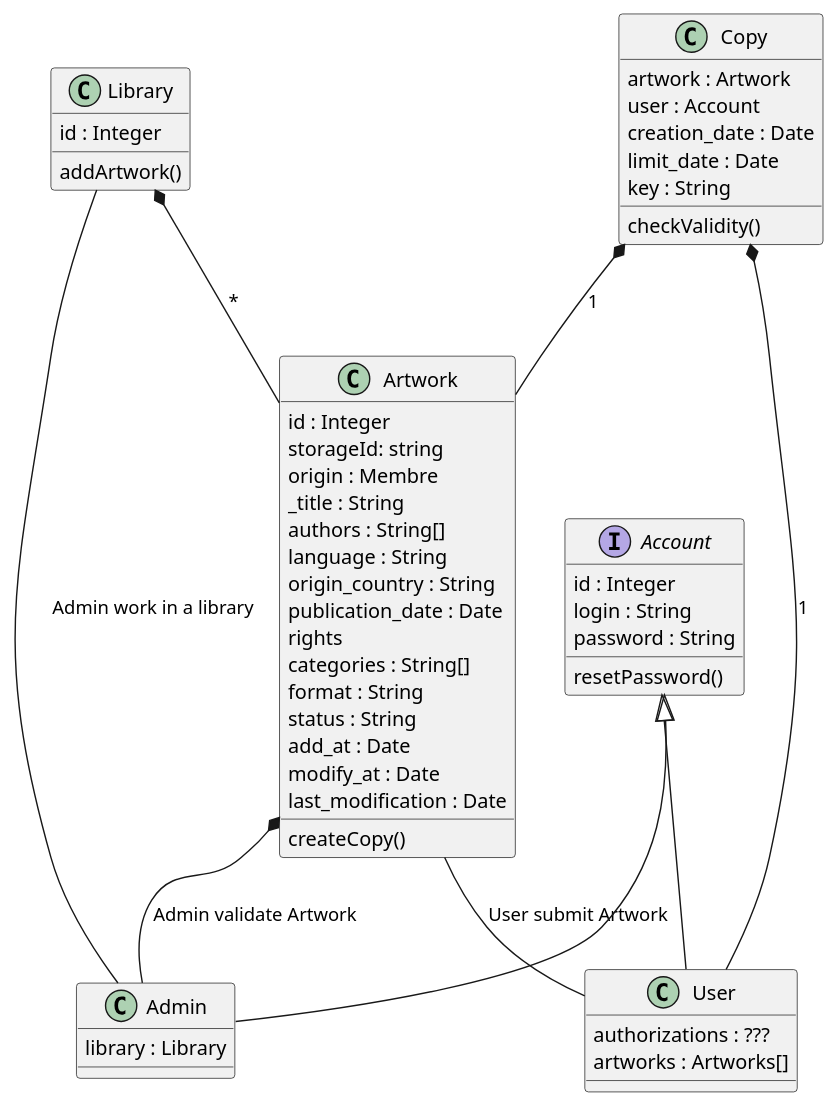
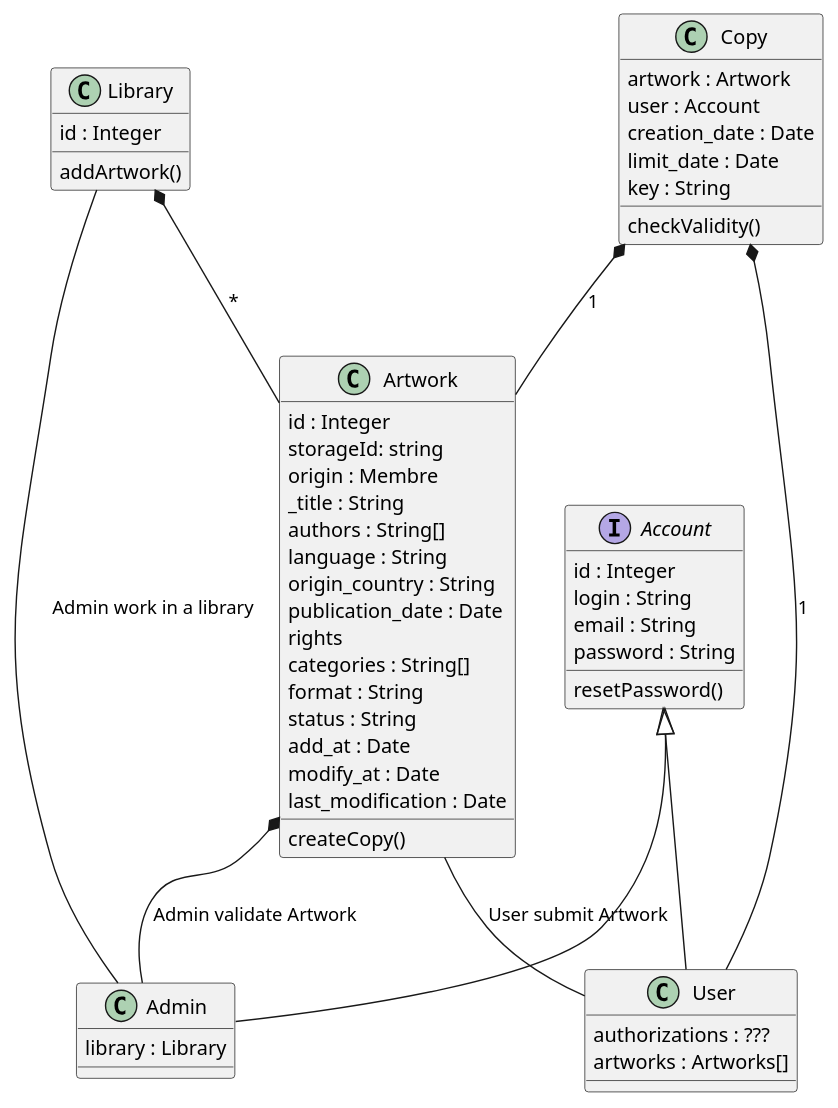
One commit to Anthony-Jhoiro/BibloDoc changed the diagram in diagramme_instance.puml. Above: the diagram before and after it, drawn with PlantUML.

Commit message:
add email field

```diff
--- a/diagramme_instance.puml
+++ b/diagramme_instance.puml
@@ -1,63 +1,64 @@
 @startuml Diagramme de Classe
 class User {
     authorizations : ???
     artworks : Artworks[]
 }
 
 interface Account {
     id : Integer
     login : String
+    email : String
     password : String
 
     resetPassword()
 }
 
 class Admin {
     library : Library
 }
 
 class Library {
     id : Integer
 
     addArtwork()
 }
 
 class Artwork {
     id : Integer
     storageId: string
     origin : Membre
     _title : String
     authors : String[]
     language : String
     origin_country : String
     publication_date : Date
     rights
     categories : String[]
     format : String
     status : String
     add_at : Date
     modify_at : Date
     last_modification : Date
     createCopy()
 }
 
 class Copy {
     artwork : Artwork
     user : Account
     creation_date : Date
     limit_date : Date
     key : String
     checkValidity()
 }
 
 
 Artwork -- User : User submit Artwork
 Artwork *-- Admin : Admin validate Artwork
 Library -- Admin : Admin work in a library
 Account <|-- Admin
 Account <|-- User
 Copy *-- User : 1
 Copy *-- Artwork : 1
 Library *-- Artwork : *
 
 @enduml
```
